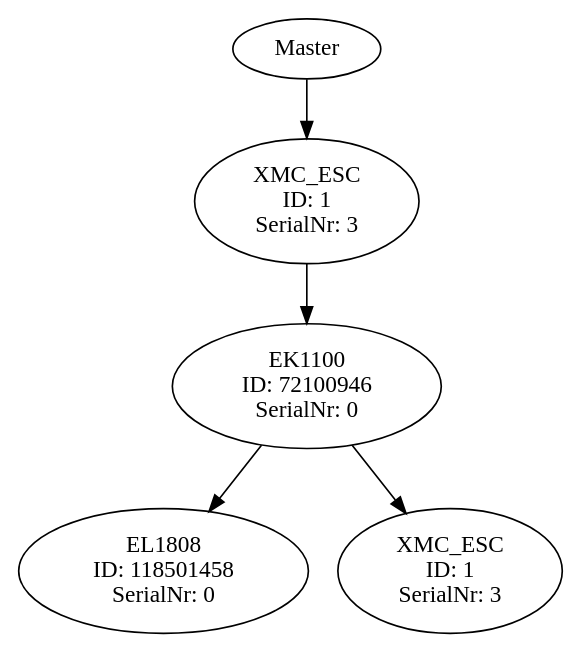
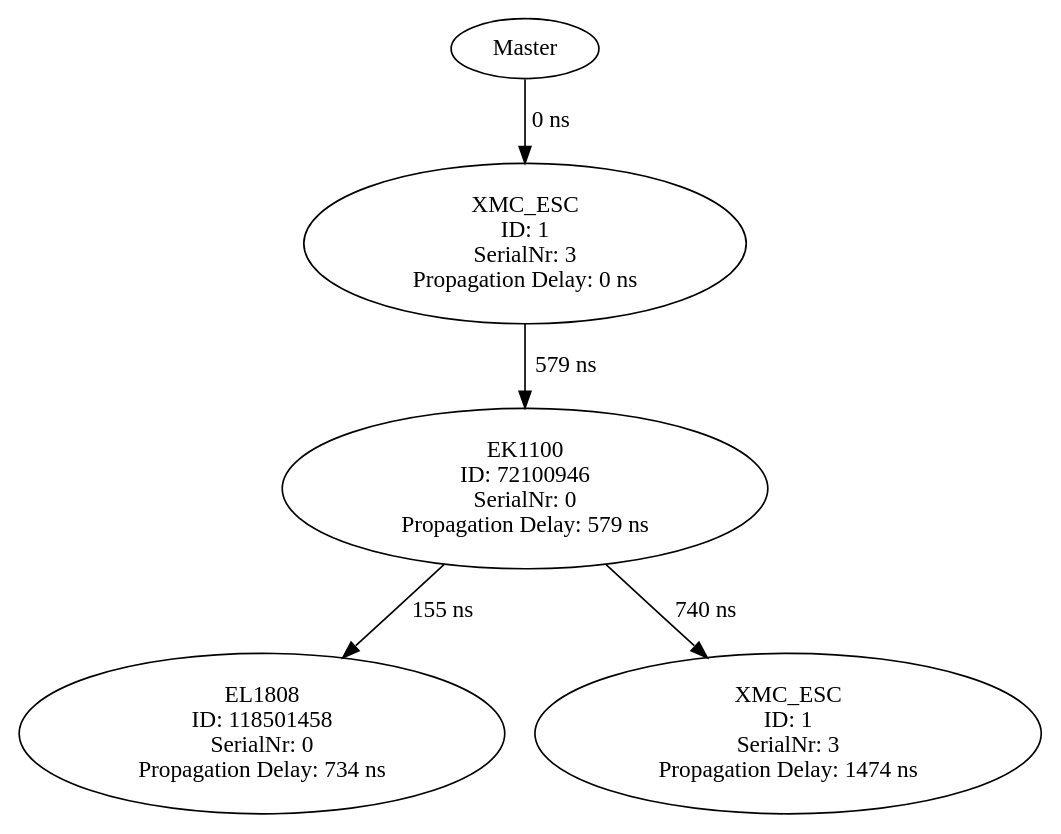
Before and after one commit to Robin-Geissler/SOEM-TopologyMonitoring: the diagram in vizFiles/graphViz.gv, drawn with Graphviz. The commit also changed 1 other file, not shown here.

```diff
--- a/vizFiles/graphViz.gv
+++ b/vizFiles/graphViz.gv
@@ -1,12 +1,12 @@
 digraph G {
 
 node_0 [label="Master"]
-node_1 [label="XMC_ESC\nID: 1\nSerialNr: 3"];
-node_0 -> node_1;
-node_2 [label="EK1100\nID: 72100946\nSerialNr: 0"];
-node_1 -> node_2;
-node_3 [label="EL1808\nID: 118501458\nSerialNr: 0"];
-node_2 -> node_3;
-node_4 [label="XMC_ESC\nID: 1\nSerialNr: 3"];
-node_2 -> node_4;
+node_1 [label="XMC_ESC\nID: 1\nSerialNr: 3\nPropagation Delay: 0 ns"];
+node_0 -> node_1 [label ="0 ns"];
+node_2 [label="EK1100\nID: 72100946\nSerialNr: 0\nPropagation Delay: 579 ns"];
+node_1 -> node_2 [label ="579 ns"];
+node_3 [label="EL1808\nID: 118501458\nSerialNr: 0\nPropagation Delay: 734 ns"];
+node_2 -> node_3 [label ="155 ns"];
+node_4 [label="XMC_ESC\nID: 1\nSerialNr: 3\nPropagation Delay: 1474 ns"];
+node_2 -> node_4 [label ="740 ns"];
 }
```
